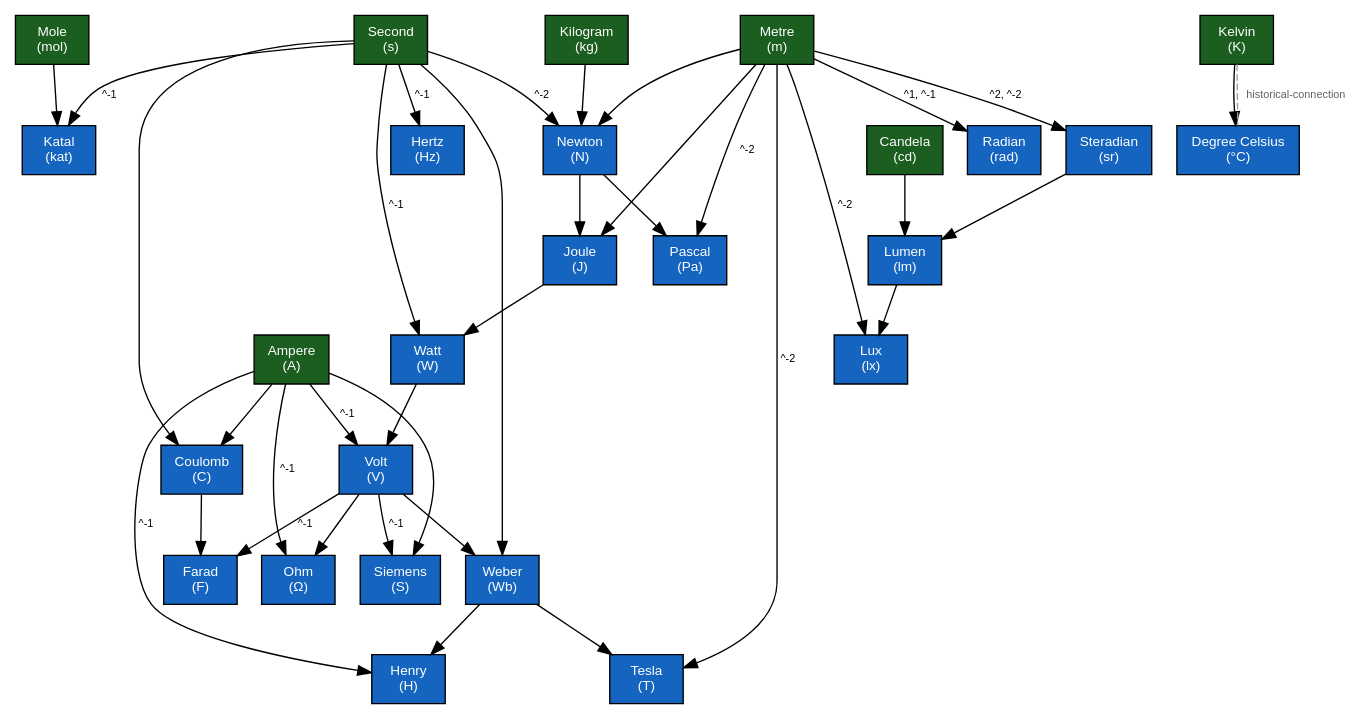
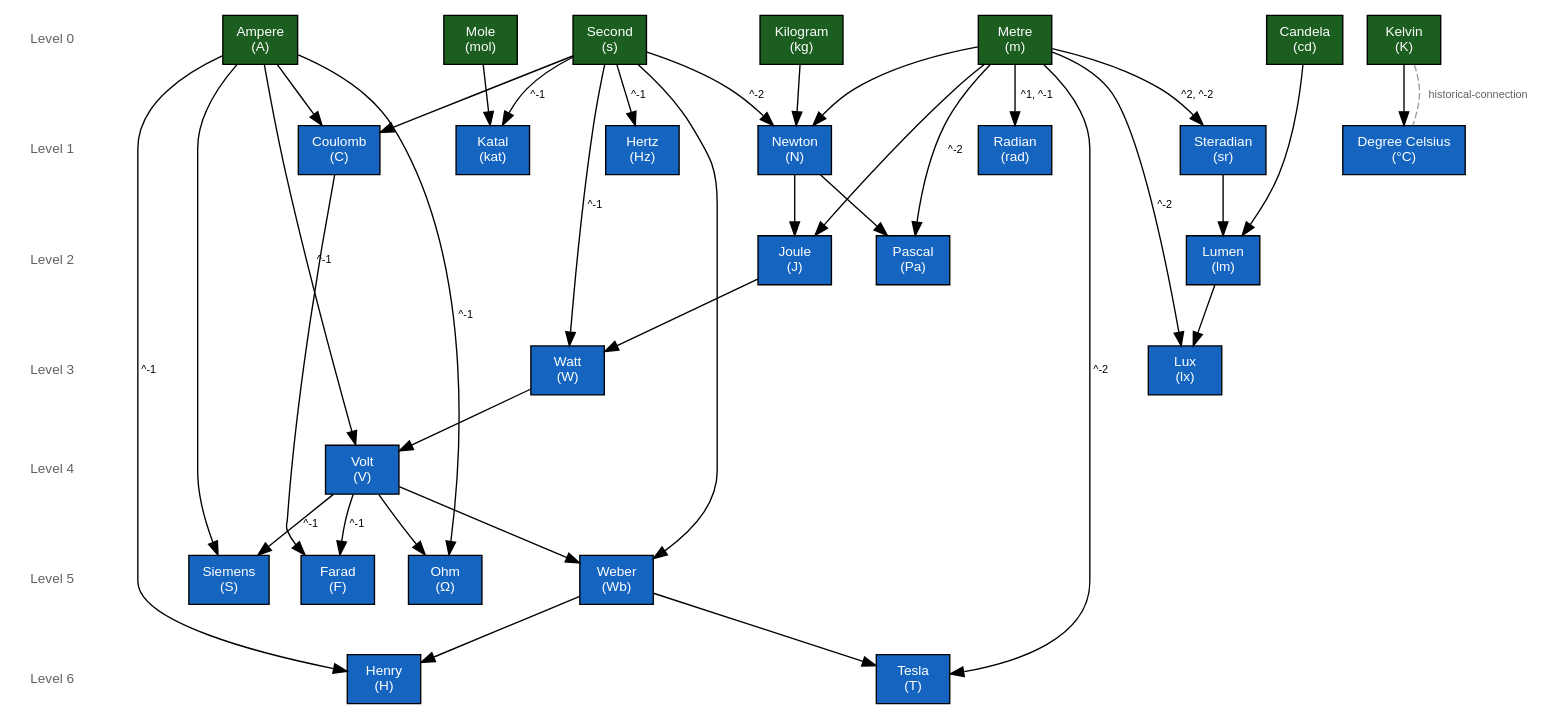
One commit to ElliotScher/Metrology changed the diagram in output/graph.dot. Above: the diagram before and after it, drawn with Graphviz. The commit also changed 5 other files, not shown here.

```diff
--- a/output/graph.dot
+++ b/output/graph.dot
@@ -1,67 +1,87 @@
 digraph metrology {
   rankdir="TB";
   node [shape=box, style=filled, fontname="Helvetica", fontsize=10];
   edge [fontname="Helvetica", fontsize=8];
+  "level-0" [label="Level 0", shape=plaintext, style="", fontcolor="#616161"];
+  "level-1" [label="Level 1", shape=plaintext, style="", fontcolor="#616161"];
+  "level-2" [label="Level 2", shape=plaintext, style="", fontcolor="#616161"];
+  "level-3" [label="Level 3", shape=plaintext, style="", fontcolor="#616161"];
+  "level-4" [label="Level 4", shape=plaintext, style="", fontcolor="#616161"];
+  "level-5" [label="Level 5", shape=plaintext, style="", fontcolor="#616161"];
+  "level-6" [label="Level 6", shape=plaintext, style="", fontcolor="#616161"];
+  "level-0" -> "level-1" [style=invis, weight=100];
+  "level-1" -> "level-2" [style=invis, weight=100];
+  "level-2" -> "level-3" [style=invis, weight=100];
+  "level-3" -> "level-4" [style=invis, weight=100];
+  "level-4" -> "level-5" [style=invis, weight=100];
+  "level-5" -> "level-6" [style=invis, weight=100];
   "ampere" [label="Ampere\n(A)", fillcolor="#1b5e20", fontcolor="white"];
   "candela" [label="Candela\n(cd)", fillcolor="#1b5e20", fontcolor="white"];
   "celsius" [label="Degree Celsius\n(°C)", fillcolor="#1565c0", fontcolor="white"];
   "coulomb" [label="Coulomb\n(C)", fillcolor="#1565c0", fontcolor="white"];
   "farad" [label="Farad\n(F)", fillcolor="#1565c0", fontcolor="white"];
   "henry" [label="Henry\n(H)", fillcolor="#1565c0", fontcolor="white"];
   "hertz" [label="Hertz\n(Hz)", fillcolor="#1565c0", fontcolor="white"];
   "joule" [label="Joule\n(J)", fillcolor="#1565c0", fontcolor="white"];
   "katal" [label="Katal\n(kat)", fillcolor="#1565c0", fontcolor="white"];
   "kelvin" [label="Kelvin\n(K)", fillcolor="#1b5e20", fontcolor="white"];
   "kilogram" [label="Kilogram\n(kg)", fillcolor="#1b5e20", fontcolor="white"];
   "lumen" [label="Lumen\n(lm)", fillcolor="#1565c0", fontcolor="white"];
   "lux" [label="Lux\n(lx)", fillcolor="#1565c0", fontcolor="white"];
   "metre" [label="Metre\n(m)", fillcolor="#1b5e20", fontcolor="white"];
   "mole" [label="Mole\n(mol)", fillcolor="#1b5e20", fontcolor="white"];
   "newton" [label="Newton\n(N)", fillcolor="#1565c0", fontcolor="white"];
   "ohm" [label="Ohm\n(Ω)", fillcolor="#1565c0", fontcolor="white"];
   "pascal" [label="Pascal\n(Pa)", fillcolor="#1565c0", fontcolor="white"];
   "radian" [label="Radian\n(rad)", fillcolor="#1565c0", fontcolor="white"];
   "second" [label="Second\n(s)", fillcolor="#1b5e20", fontcolor="white"];
   "siemens" [label="Siemens\n(S)", fillcolor="#1565c0", fontcolor="white"];
   "steradian" [label="Steradian\n(sr)", fillcolor="#1565c0", fontcolor="white"];
   "tesla" [label="Tesla\n(T)", fillcolor="#1565c0", fontcolor="white"];
   "volt" [label="Volt\n(V)", fillcolor="#1565c0", fontcolor="white"];
   "watt" [label="Watt\n(W)", fillcolor="#1565c0", fontcolor="white"];
   "weber" [label="Weber\n(Wb)", fillcolor="#1565c0", fontcolor="white"];
+  { rank=same; "level-0"; "ampere"; "candela"; "kelvin"; "second"; "kilogram"; "metre"; "mole"; }
+  { rank=same; "level-1"; "celsius"; "coulomb"; "newton"; "hertz"; "katal"; "steradian"; "radian"; }
+  { rank=same; "level-2"; "joule"; "lumen"; "pascal"; }
+  { rank=same; "level-3"; "watt"; "lux"; }
+  { rank=same; "level-4"; "volt"; }
+  { rank=same; "level-5"; "farad"; "weber"; "ohm"; "siemens"; }
+  { rank=same; "level-6"; "henry"; "tesla"; }
   "kelvin" -> "celsius" [label=""];
   "ampere" -> "coulomb" [label=""];
   "second" -> "coulomb" [label=""];
   "coulomb" -> "farad" [label=""];
   "volt" -> "farad" [label="^-1"];
   "weber" -> "henry" [label=""];
   "ampere" -> "henry" [label="^-1"];
   "second" -> "hertz" [label="^-1"];
   "newton" -> "joule" [label=""];
   "metre" -> "joule" [label=""];
   "mole" -> "katal" [label=""];
   "second" -> "katal" [label="^-1"];
   "candela" -> "lumen" [label=""];
   "steradian" -> "lumen" [label=""];
   "lumen" -> "lux" [label=""];
   "metre" -> "lux" [label="^-2"];
   "kilogram" -> "newton" [label=""];
   "metre" -> "newton" [label=""];
   "second" -> "newton" [label="^-2"];
   "volt" -> "ohm" [label=""];
   "ampere" -> "ohm" [label="^-1"];
   "newton" -> "pascal" [label=""];
   "metre" -> "pascal" [label="^-2"];
   "metre" -> "radian" [label="^1, ^-1"];
   "ampere" -> "siemens" [label=""];
   "volt" -> "siemens" [label="^-1"];
   "metre" -> "steradian" [label="^2, ^-2"];
   "weber" -> "tesla" [label=""];
   "metre" -> "tesla" [label="^-2"];
   "watt" -> "volt" [label=""];
   "ampere" -> "volt" [label="^-1"];
   "joule" -> "watt" [label=""];
   "second" -> "watt" [label="^-1"];
   "volt" -> "weber" [label=""];
   "second" -> "weber" [label=""];
-  "kelvin" -> "celsius" [dir=none, style=dashed, color="#9e9e9e", fontcolor="#616161", label="historical-connection"];
+  "kelvin" -> "celsius" [dir=none, constraint=false, style=dashed, color="#9e9e9e", fontcolor="#616161", label="historical-connection"];
 }
```
